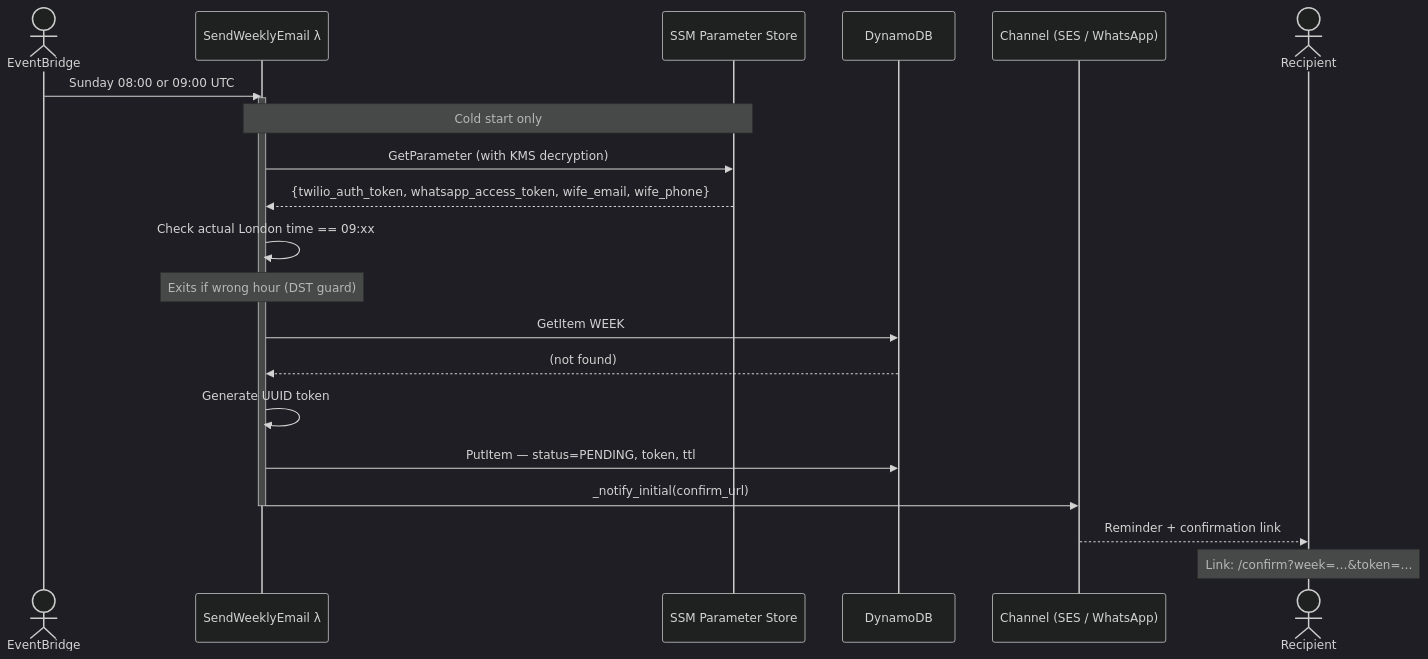
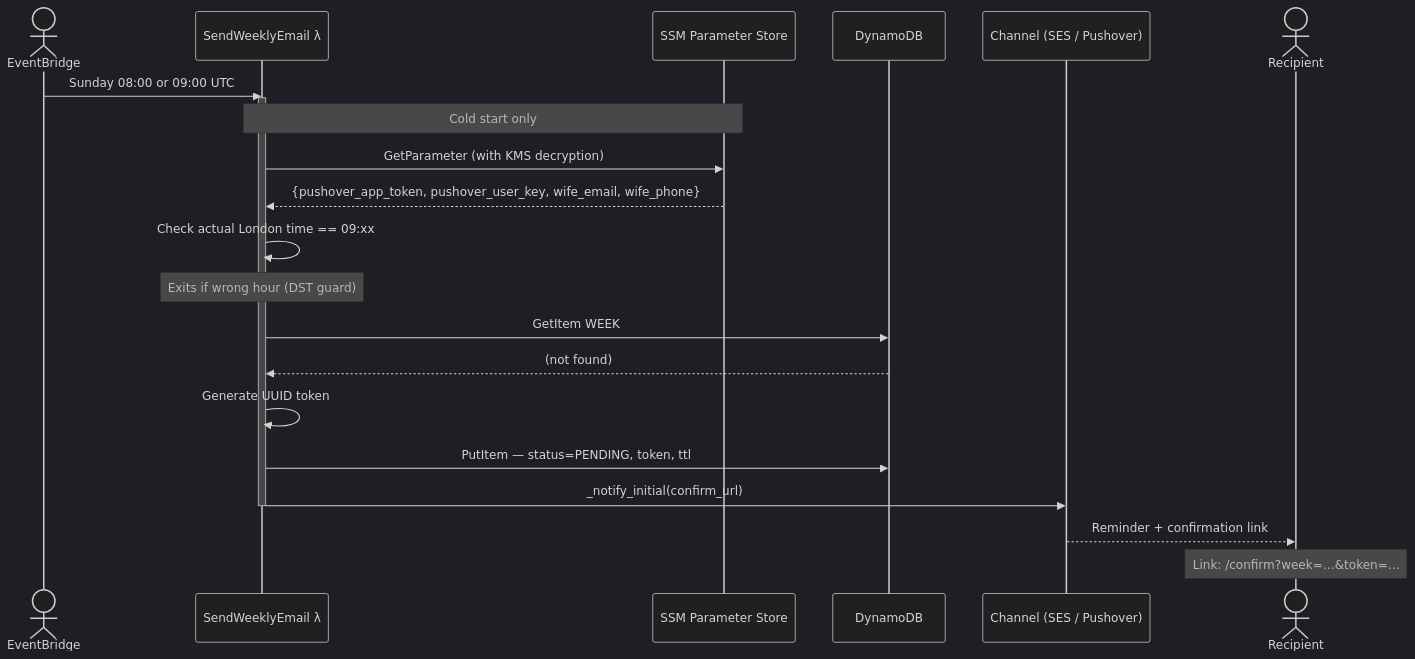
The third of 12 diagrams in docs/architecture.md (baldrickuk/washingmachine-notifications), drawn with Mermaid before and after one commit. The commit also changed other lines of this file and 13 other files, not shown here.

First line of the commit message:
feat: replace Twilio/WhatsApp with Pushover notifications (#4)

````diff
--- a/docs/architecture.md
+++ b/docs/architecture.md
@@ -164,32 +163,32 @@
 ```mermaid
 %%{init: {'theme': 'dark', 'themeVariables': {'primaryColor': '#1e3a5f', 'primaryTextColor': '#c9d1d9', 'primaryBorderColor': '#4a7ab5', 'lineColor': '#58a6ff', 'edgeLabelBackground': '#0d1117'}}}%%
 
 sequenceDiagram
     actor EB as EventBridge
     participant L  as SendWeeklyEmail λ
     participant SSM as SSM Parameter Store
     participant DB as DynamoDB
-    participant CH as Channel (SES / WhatsApp)
+    participant CH as Channel (SES / Pushover)
     actor W  as Recipient
 
     EB->>L: Sunday 08:00 or 09:00 UTC
     activate L
 
     Note over L,SSM: Cold start only
     L->>SSM: GetParameter (with KMS decryption)
-    SSM-->>L: {twilio_auth_token, whatsapp_access_token, wife_email, wife_phone}
+    SSM-->>L: {pushover_app_token, pushover_user_key, wife_email, wife_phone}
 
     L->>L: Check actual London time == 09:xx
     Note over L: Exits if wrong hour (DST guard)
 
     L->>DB: GetItem WEEK#2026-05-17
     DB-->>L: (not found)
 
     L->>L: Generate UUID token
     L->>DB: PutItem — status=PENDING, token, ttl
     L->>CH: _notify_initial(confirm_url)
     deactivate L
 
     CH-->>W: Reminder + confirmation link
     Note over W: Link: /confirm?week=…&token=…
 ```
````
